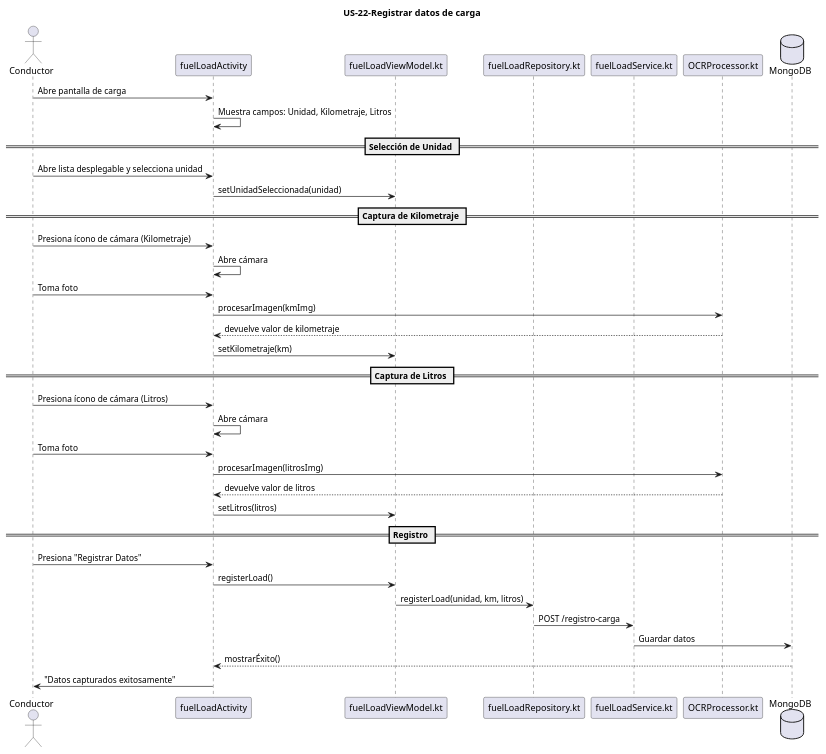
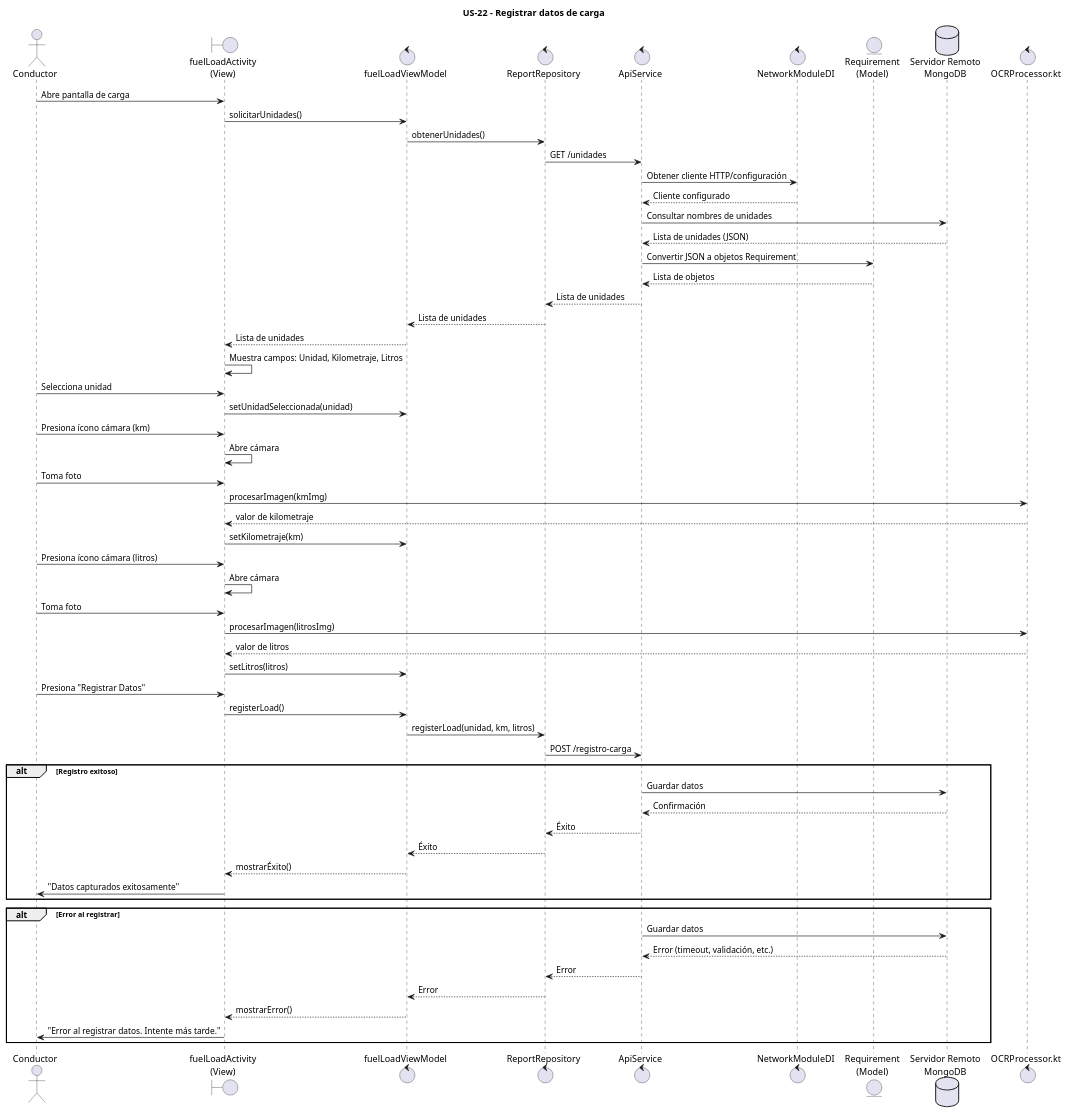
The diagram in MVP/US-22-registrarDatosCombustible/US-22-registrarDatosCombustible.puml (PIX3L-IT/dieselflow-dise-o), drawn with PlantUML before and after one commit. The commit also changed 1 other file, not shown here.

Commit message:
docs: registrar datos combustible

```diff
--- a/MVP/US-22-registrarDatosCombustible/US-22-registrarDatosCombustible.puml
+++ b/MVP/US-22-registrarDatosCombustible/US-22-registrarDatosCombustible.puml
@@ -1,47 +1,79 @@
 @startuml
-title US-22-Registrar datos de carga
+title US-22 - Registrar datos de carga 
 
 actor Conductor
 
-participant "fuelLoadActivity" as V1
-participant "fuelLoadViewModel.kt" as VM
-participant "fuelLoadRepository.kt" as R
-participant "fuelLoadService.kt" as S
-participant "OCRProcessor.kt" as OCR
-database "MongoDB" as DB
+boundary "fuelLoadActivity\n(View)" as V1
+control "fuelLoadViewModel" as VM
+control "ReportRepository" as Repository
+control "ApiService" as API
+control "NetworkModuleDI" as DI
+entity "Requirement\n(Model)" as Model
+database "Servidor Remoto\nMongoDB" as DB
+control "OCRProcessor.kt" as OCR
 
+' === Pantalla de carga ===
 Conductor -> V1 : Abre pantalla de carga
+V1 -> VM : solicitarUnidades()
+
+VM -> Repository : obtenerUnidades()
+Repository -> API : GET /unidades
+API -> DI : Obtener cliente HTTP/configuración
+DI --> API : Cliente configurado
+
+API -> DB : Consultar nombres de unidades
+DB --> API : Lista de unidades (JSON)
+API -> Model : Convertir JSON a objetos Requirement
+Model --> API : Lista de objetos
+API --> Repository : Lista de unidades
+Repository --> VM : Lista de unidades
+VM --> V1 : Lista de unidades
 V1 -> V1 : Muestra campos: Unidad, Kilometraje, Litros
 
-== Selección de Unidad ==
-Conductor -> V1 : Abre lista desplegable y selecciona unidad
+' === Selección de unidad ===
+Conductor -> V1 : Selecciona unidad
 V1 -> VM : setUnidadSeleccionada(unidad)
 
-== Captura de Kilometraje ==
-Conductor -> V1 : Presiona ícono de cámara (Kilometraje)
+' === Captura de kilometraje ===
+Conductor -> V1 : Presiona ícono cámara (km)
 V1 -> V1 : Abre cámara
 Conductor -> V1 : Toma foto
 V1 -> OCR : procesarImagen(kmImg)
-OCR --> V1 : devuelve valor de kilometraje
+OCR --> V1 : valor de kilometraje
 V1 -> VM : setKilometraje(km)
 
-== Captura de Litros ==
-Conductor -> V1 : Presiona ícono de cámara (Litros)
+' === Captura de litros ===
+Conductor -> V1 : Presiona ícono cámara (litros)
 V1 -> V1 : Abre cámara
 Conductor -> V1 : Toma foto
 V1 -> OCR : procesarImagen(litrosImg)
-OCR --> V1 : devuelve valor de litros
+OCR --> V1 : valor de litros
 V1 -> VM : setLitros(litros)
 
-== Registro ==
+' === Registro ===
 Conductor -> V1 : Presiona "Registrar Datos"
 V1 -> VM : registerLoad()
+VM -> Repository : registerLoad(unidad, km, litros)
+Repository -> API : POST /registro-carga
 
-VM -> R : registerLoad(unidad, km, litros)
-R -> S : POST /registro-carga
-S -> DB : Guardar datos
-DB --> V1 : mostrarÉxito()
+' == Flujo exitoso ==
+alt Registro exitoso
+    API -> DB : Guardar datos
+    DB --> API : Confirmación
+    API --> Repository : Éxito
+    Repository --> VM : Éxito
+    VM --> V1 : mostrarÉxito()
+    V1 -> Conductor : "Datos capturados exitosamente"
+end
 
-V1 -> Conductor : "Datos capturados exitosamente"
+' == Flujo de error ==
+alt Error al registrar
+    API -> DB : Guardar datos
+    DB --> API : Error (timeout, validación, etc.)
+    API --> Repository : Error
+    Repository --> VM : Error
+    VM --> V1 : mostrarError()
+    V1 -> Conductor : "Error al registrar datos. Intente más tarde."
+end
 
 @enduml
```
